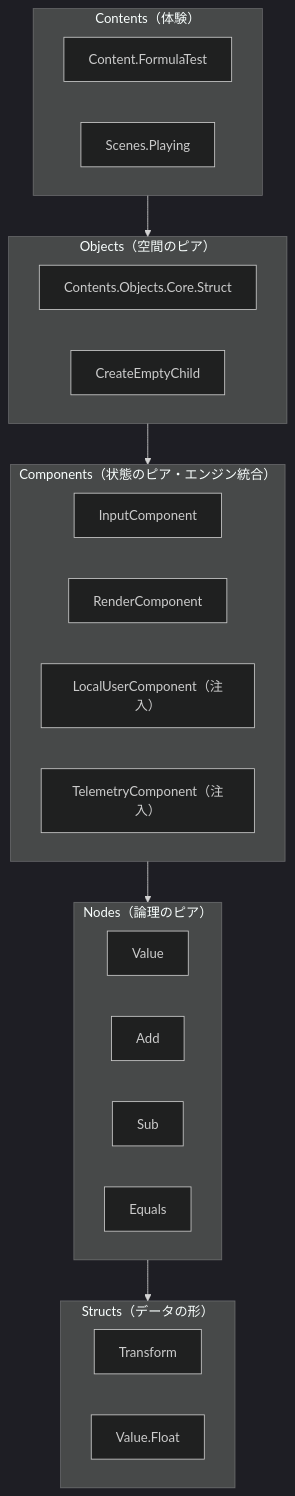
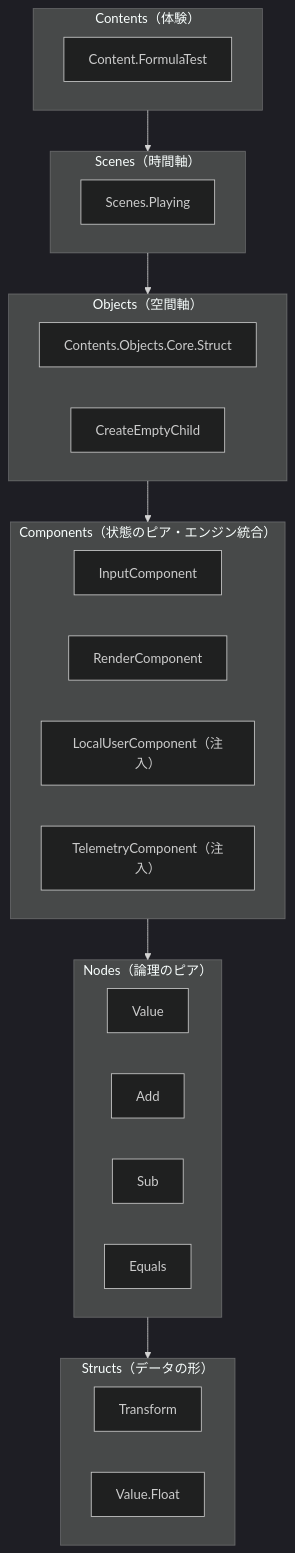
Before and after one commit to FRICK-ELDY/alchemy-engine: the first of 7 diagrams in docs/architecture/formula-test-phase1-architecture.md, drawn with Mermaid (dark theme). The commit also changed other lines of this file and 3 other files, not shown here.

Commit message:
docs(architecture): add Scene as first-class concept (Phase 1)

````diff
--- a/docs/architecture/formula-test-phase1-architecture.md
+++ b/docs/architecture/formula-test-phase1-architecture.md
@@ -22,36 +24,40 @@
 ```mermaid
 flowchart TB
     subgraph contents["Contents（体験）"]
         C1["Content.FormulaTest"]
+    end
+
+    subgraph scenes["Scenes（時間軸）"]
         C2["Scenes.Playing"]
     end
 
-    subgraph objects["Objects（空間のピア）"]
+    subgraph objects["Objects（空間軸）"]
         O1["Contents.Objects.Core.Struct"]
         O2["CreateEmptyChild"]
     end
 
     subgraph components["Components（状態のピア・エンジン統合）"]
         CP1["InputComponent"]
         CP2["RenderComponent"]
         CP3["LocalUserComponent（注入）"]
         CP4["TelemetryComponent（注入）"]
     end
 
     subgraph nodes["Nodes（論理のピア）"]
         N1["Value"]
         N2["Add"]
         N3["Sub"]
         N4["Equals"]
     end
 
     subgraph structs["Structs（データの形）"]
         S1["Transform"]
         S2["Value.Float"]
     end
 
-    contents --> objects
+    contents --> scenes
+    scenes --> objects
     objects --> components
     components --> nodes
     nodes --> structs
 ```
````
